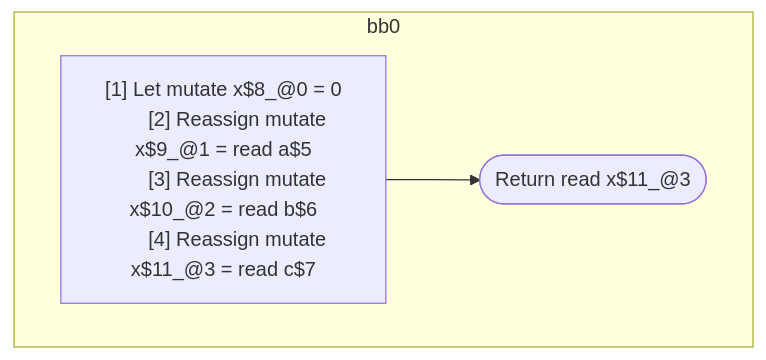
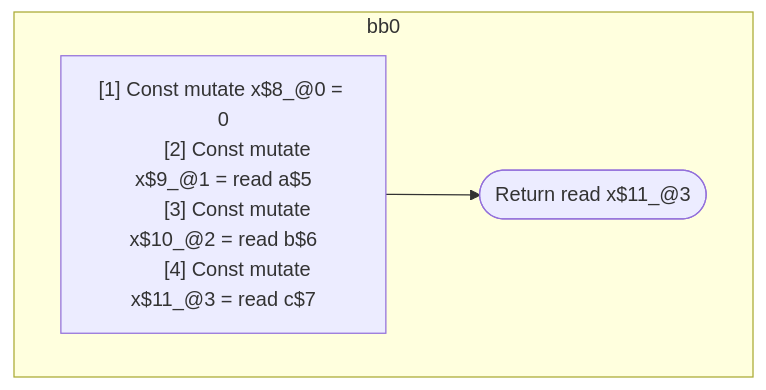
One commit to wutsmog/private changed the diagram in compiler/forget/src/__tests__/fixtures/hir/ssa-reassign.expect.md. Above: the diagram before and after it, drawn with Mermaid. The commit also changed other lines of this file and 61 other files, not shown here.

````diff
--- a/compiler/forget/src/__tests__/fixtures/hir/ssa-reassign.expect.md
+++ b/compiler/forget/src/__tests__/fixtures/hir/ssa-reassign.expect.md
@@ -34,16 +34,16 @@
 ```mermaid
 flowchart TB
   %% Basic Blocks
   subgraph bb0
     bb0_instrs["
-      [1] Let mutate x$8_@0 = 0
-      [2] Reassign mutate x$9_@1 = read a$5
-      [3] Reassign mutate x$10_@2 = read b$6
-      [4] Reassign mutate x$11_@3 = read c$7
+      [1] Const mutate x$8_@0 = 0
+      [2] Const mutate x$9_@1 = read a$5
+      [3] Const mutate x$10_@2 = read b$6
+      [4] Const mutate x$11_@3 = read c$7
     "]
     bb0_instrs --> bb0_terminal(["Return read x$11_@3"])
   end
 
   %% Jumps
   %% empty
 ```
````
